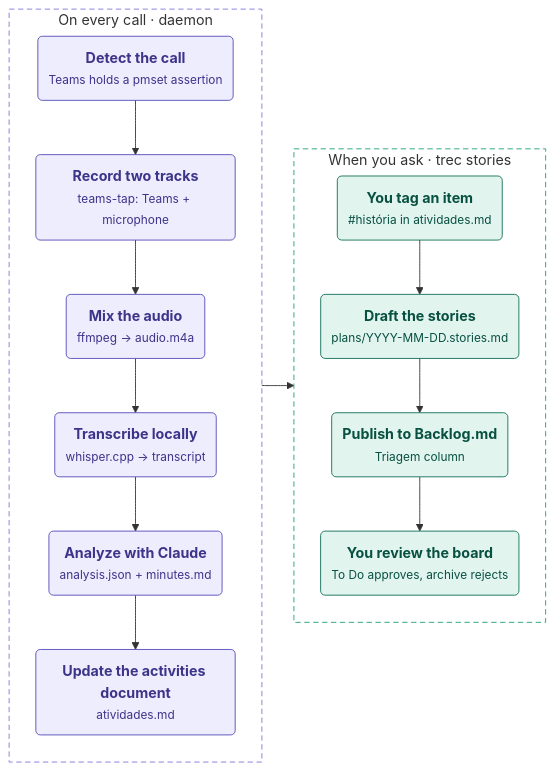
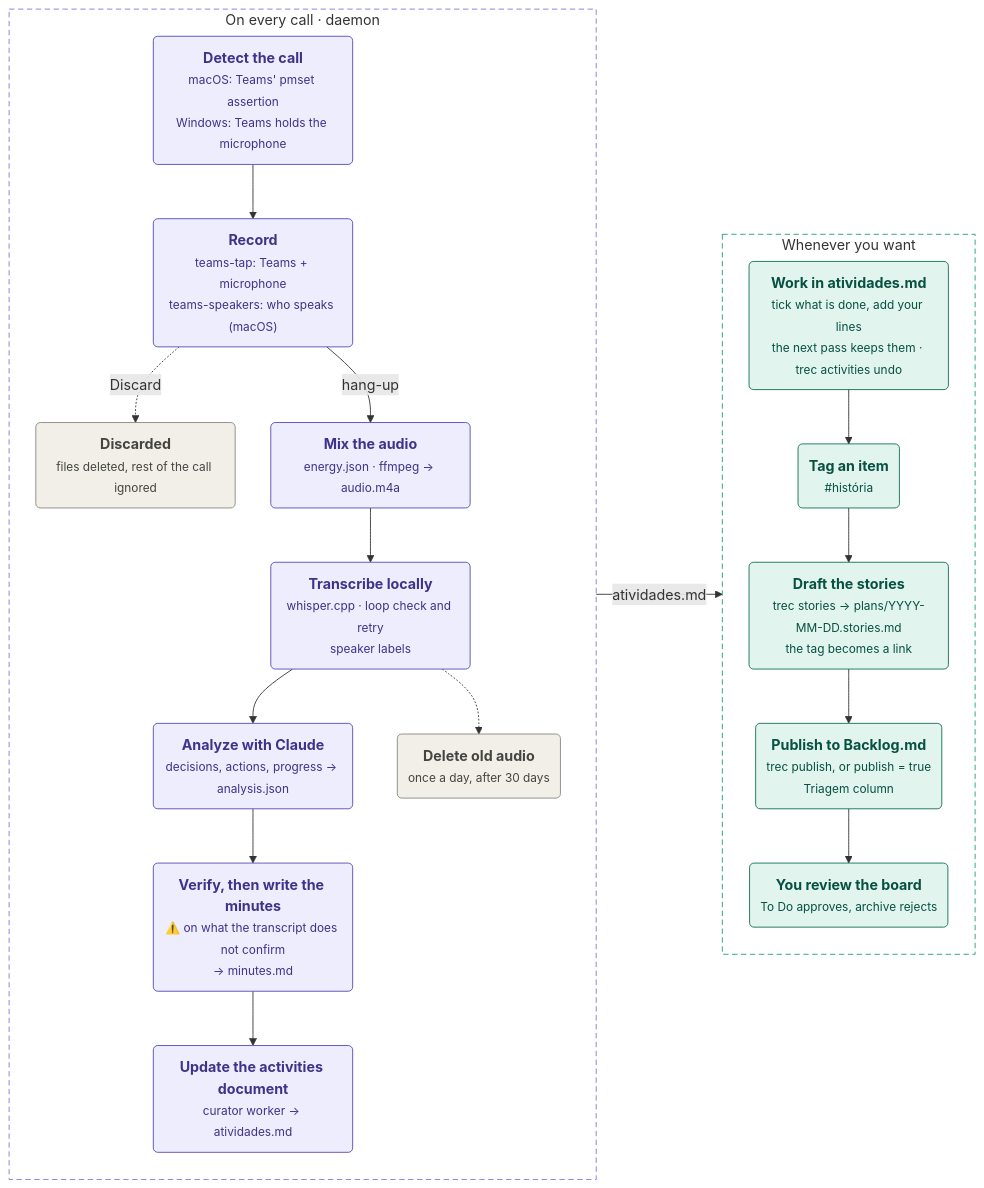
One commit to felipmateus/meet-record changed the first of 2 diagrams in README.md. Above: the diagram before and after it, drawn with Mermaid. The commit also changed other lines of this file, not shown here.

First line of the commit message:
docs: bring the README and its flowcharts in line with the code

````diff
--- a/README.md
+++ b/README.md
@@ -49,32 +49,41 @@
 ```mermaid
 %%{init: {"flowchart": {"nodeSpacing": 40, "rankSpacing": 36, "curve": "basis", "padding": 12}}}%%
 flowchart LR
     subgraph perCall["On every call · daemon"]
         direction TB
-        detect("<b>Detect the call</b><br/><small>Teams holds a pmset assertion</small>")
-        record("<b>Record two tracks</b><br/><small>teams-tap: Teams + microphone</small>")
-        mix("<b>Mix the audio</b><br/><small>ffmpeg → audio.m4a</small>")
-        transcribe("<b>Transcribe locally</b><br/><small>whisper.cpp → transcript</small>")
-        analyze("<b>Analyze with Claude</b><br/><small>analysis.json + minutes.md</small>")
-        curate("<b>Update the activities document</b><br/><small>atividades.md</small>")
-        detect --> record --> mix --> transcribe --> analyze --> curate
+        detect("<b>Detect the call</b><br/><small>macOS: Teams' pmset assertion</small><br/><small>Windows: Teams holds the microphone</small>")
+        record("<b>Record</b><br/><small>teams-tap: Teams + microphone</small><br/><small>teams-speakers: who speaks (macOS)</small>")
+        discard("<b>Discarded</b><br/><small>files deleted, rest of the call ignored</small>")
+        mix("<b>Mix the audio</b><br/><small>energy.json · ffmpeg → audio.m4a</small>")
+        transcribe("<b>Transcribe locally</b><br/><small>whisper.cpp · loop check and retry</small><br/><small>speaker labels</small>")
+        analyze("<b>Analyze with Claude</b><br/><small>decisions, actions, progress → analysis.json</small>")
+        verify("<b>Verify, then write the minutes</b><br/><small>⚠️ on what the transcript does not confirm</small><br/><small>→ minutes.md</small>")
+        curate("<b>Update the activities document</b><br/><small>curator worker → atividades.md</small>")
+        purge("<b>Delete old audio</b><br/><small>once a day, after 30 days</small>")
+        detect --> record
+        record -. "Discard" .-> discard
+        record -- "hang-up" --> mix --> transcribe --> analyze --> verify --> curate
+        transcribe -.-> purge
     end
 
-    subgraph onDemand["When you ask · trec stories"]
+    subgraph you["Whenever you want"]
         direction TB
-        tag("<b>You tag an item</b><br/><small>#história in atividades.md</small>")
-        draft("<b>Draft the stories</b><br/><small>plans/YYYY-MM-DD.stories.md</small>")
-        publish("<b>Publish to Backlog.md</b><br/><small>Triagem column</small>")
+        edit("<b>Work in atividades.md</b><br/><small>tick what is done, add your lines</small><br/><small>the next pass keeps them · trec activities undo</small>")
+        tag("<b>Tag an item</b><br/><small>#história</small>")
+        draft("<b>Draft the stories</b><br/><small>trec stories → plans/YYYY-MM-DD.stories.md</small><br/><small>the tag becomes a link</small>")
+        publish("<b>Publish to Backlog.md</b><br/><small>trec publish, or publish = true</small><br/><small>Triagem column</small>")
         review("<b>You review the board</b><br/><small>To Do approves, archive rejects</small>")
-        tag --> draft --> publish --> review
+        edit --> tag --> draft --> publish --> review
     end
 
-    perCall --> onDemand
+    perCall -- "atividades.md" --> you
 
     classDef daemon fill:#EEEDFE,stroke:#534AB7,stroke-width:1px,color:#3C3489
     classDef stories fill:#E1F5EE,stroke:#0F6E56,stroke-width:1px,color:#085041
-    class detect,record,mix,transcribe,analyze,curate daemon
-    class tag,draft,publish,review stories
+    classDef neutral fill:#F1EFE8,stroke:#888780,stroke-width:1px,color:#444441
+    class detect,record,mix,transcribe,analyze,verify,curate daemon
+    class discard,purge neutral
+    class edit,tag,draft,publish,review stories
     style perCall fill:none,stroke:#7F77DD,stroke-width:1px,stroke-dasharray:6 4
-    style onDemand fill:none,stroke:#1D9E75,stroke-width:1px,stroke-dasharray:6 4
+    style you fill:none,stroke:#1D9E75,stroke-width:1px,stroke-dasharray:6 4
 ```
````
